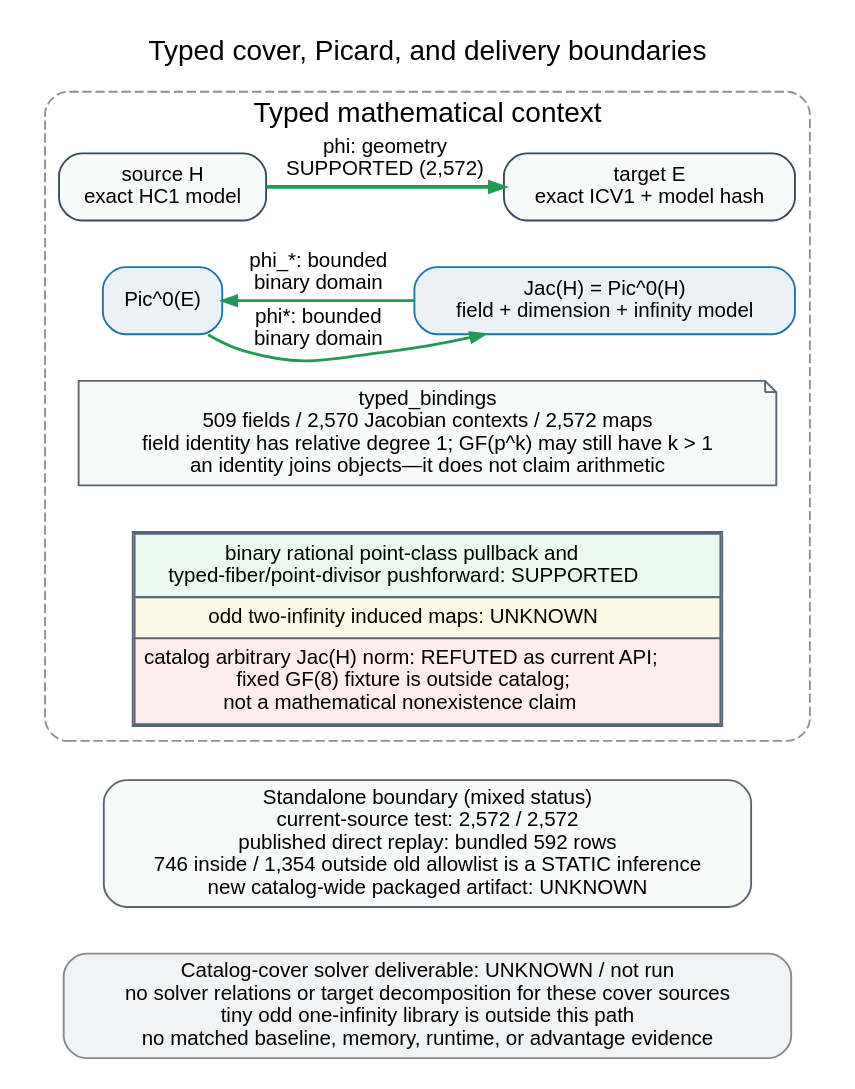
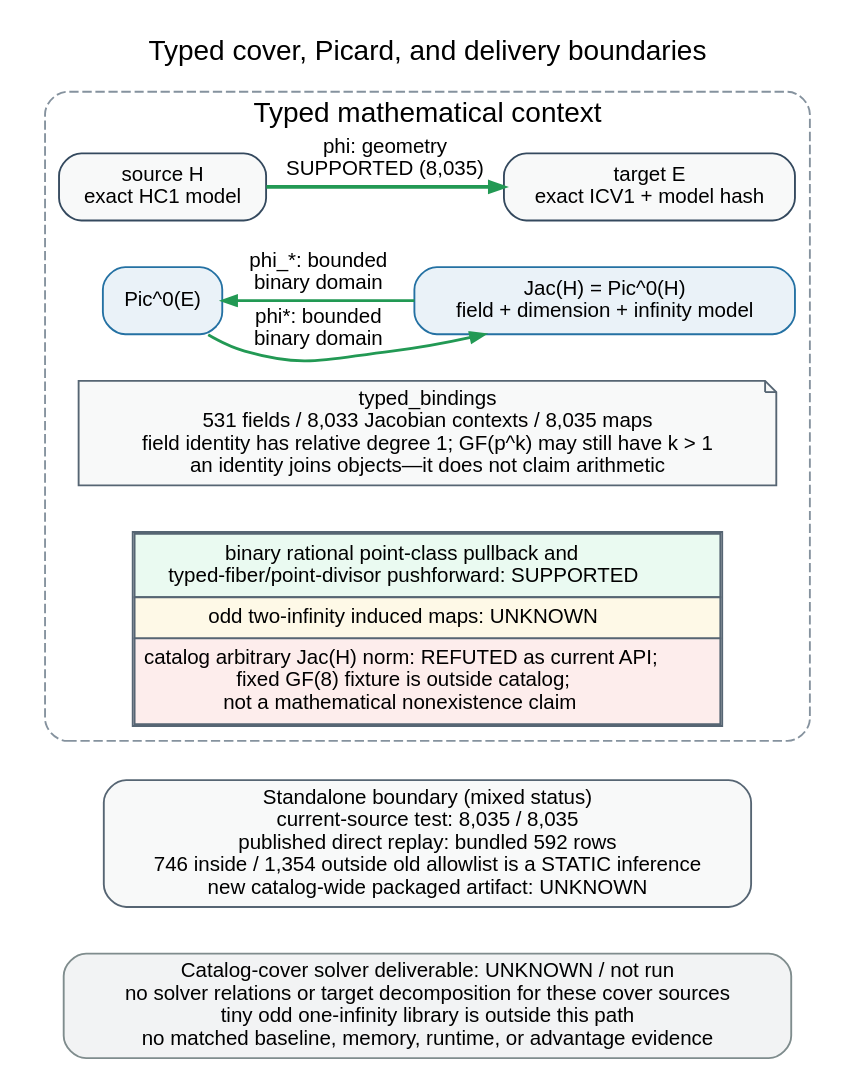
Before and after one commit to isogeny-labs/crypto: the diagram in research/cover_transfer_assessment_20261013/typed_transfer_context.dot, drawn with Graphviz. The commit also changed 19 other files, not shown here.

```diff
--- a/research/cover_transfer_assessment_20261013/typed_transfer_context.dot
+++ b/research/cover_transfer_assessment_20261013/typed_transfer_context.dot
@@ -1,69 +1,69 @@
 digraph typed_transfer_context {
   graph [
     rankdir=TB,
     bgcolor="white",
     pad="0.12",
     nodesep="0.25",
     ranksep="0.34",
     fontname="Helvetica",
     fontsize=15,
     newrank=true,
     labelloc="t",
     label="Typed cover, Picard, and delivery boundaries"
   ];
   node [shape=box, style="rounded,filled", fillcolor="white", color="#34495e", fontname="Helvetica", fontsize=11];
   edge [fontname="Helvetica", fontsize=11, color="#34495e", arrowsize=0.72];
 
   subgraph cluster_context {
     label="Typed mathematical context";
     color="#85929e";
     style="rounded,dashed";
 
     source_h [label="source H\nexact HC1 model", fillcolor="#f8f9f9"];
     target_e [label="target E\nexact ICV1 + model hash", fillcolor="#f8f9f9"];
     pic_e [label="Pic^0(E)", fillcolor="#eaf2f8", color="#2471a3"];
     jac_h [label="Jac(H) = Pic^0(H)\nfield + dimension + infinity model", fillcolor="#eaf2f8", color="#2471a3"];
 
     binding_note [
-      label="typed_bindings\n509 fields / 2,570 Jacobian contexts / 2,572 maps\nfield identity has relative degree 1; GF(p^k) may still have k > 1\nan identity joins objects—it does not claim arithmetic",
+      label="typed_bindings\n531 fields / 8,033 Jacobian contexts / 8,035 maps\nfield identity has relative degree 1; GF(p^k) may still have k > 1\nan identity joins objects—it does not claim arithmetic",
       shape=note,
       fillcolor="#f8f9f9",
       color="#566573"
     ];
     transfer_limits [
       shape=plain,
       label=<
         <TABLE BORDER="1" CELLBORDER="1" CELLSPACING="0" CELLPADDING="4" COLOR="#566573">
           <TR><TD BGCOLOR="#eafaf1">binary rational point-class pullback and<BR/>typed-fiber/point-divisor pushforward: SUPPORTED</TD></TR>
           <TR><TD BGCOLOR="#fef9e7">odd two-infinity induced maps: UNKNOWN</TD></TR>
           <TR><TD BGCOLOR="#fdedec">catalog arbitrary Jac(H) norm: REFUTED as current API;<BR/>fixed GF(8) fixture is outside catalog;<BR/>not a mathematical nonexistence claim</TD></TR>
         </TABLE>
       >
     ];
 
     { rank=same; source_h; target_e; }
     { rank=same; pic_e; jac_h; }
-    source_h -> target_e [label="phi: geometry\nSUPPORTED (2,572)", color="#229954", penwidth=2];
+    source_h -> target_e [label="phi: geometry\nSUPPORTED (8,035)", color="#229954", penwidth=2];
     pic_e -> jac_h [label="phi*: bounded\nbinary domain", color="#229954", penwidth=1.5];
     jac_h -> pic_e [label="phi_*: bounded\nbinary domain", color="#229954", penwidth=1.5, constraint=false];
     source_h -> pic_e [style="invis", weight=50];
     target_e -> jac_h [style="invis", weight=50];
     pic_e -> binding_note [style="invis", weight=40];
     jac_h -> binding_note [style="invis", weight=40];
     binding_note -> transfer_limits [style="invis", weight=40];
   }
 
   package [
-    label="Standalone boundary (mixed status)\ncurrent-source test: 2,572 / 2,572\npublished direct replay: bundled 592 rows\n746 inside / 1,354 outside old allowlist is a STATIC inference\nnew catalog-wide packaged artifact: UNKNOWN",
+    label="Standalone boundary (mixed status)\ncurrent-source test: 8,035 / 8,035\npublished direct replay: bundled 592 rows\n746 inside / 1,354 outside old allowlist is a STATIC inference\nnew catalog-wide packaged artifact: UNKNOWN",
     fillcolor="#f8f9f9",
     color="#566573"
   ];
   solver [
     label="Catalog-cover solver deliverable: UNKNOWN / not run\nno solver relations or target decomposition for these cover sources\ntiny odd one-infinity library is outside this path\nno matched baseline, memory, runtime, or advantage evidence",
     fillcolor="#f2f3f4",
     color="#7f8c8d"
   ];
 
   transfer_limits -> package [style="invis", weight=80];
   package -> solver [style="invis", weight=80];
 }
```
